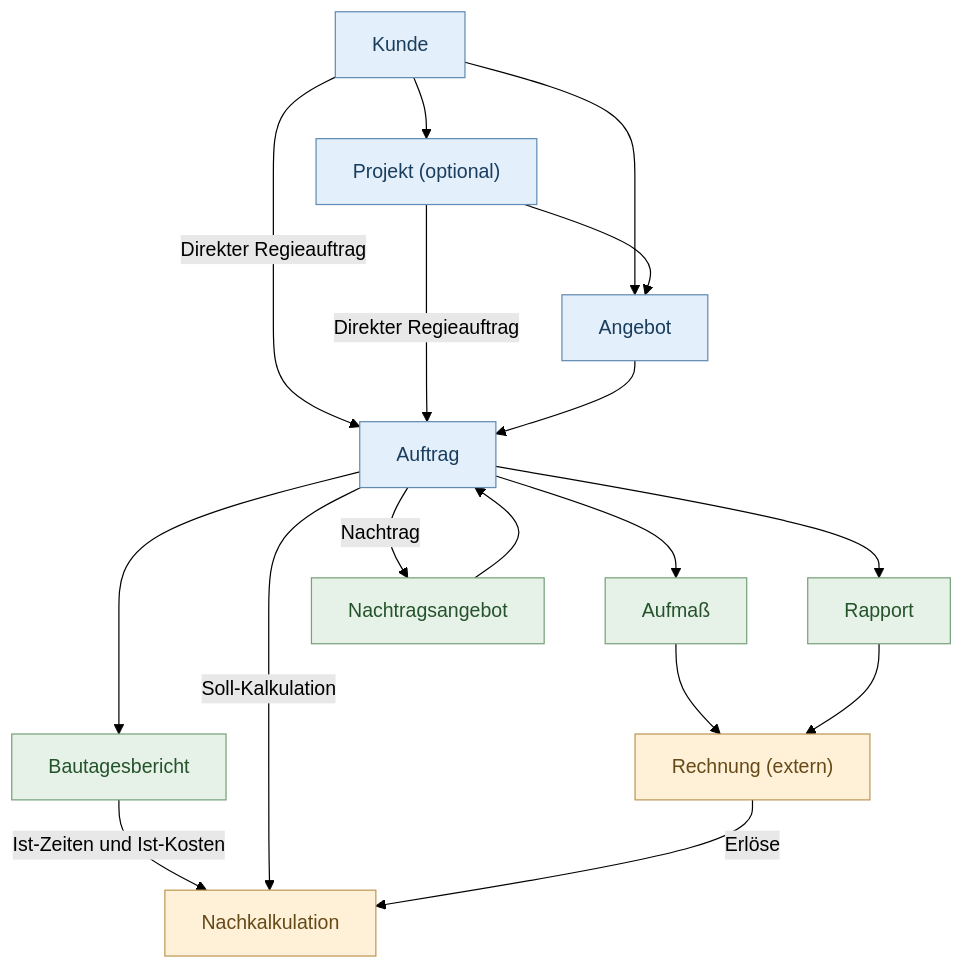
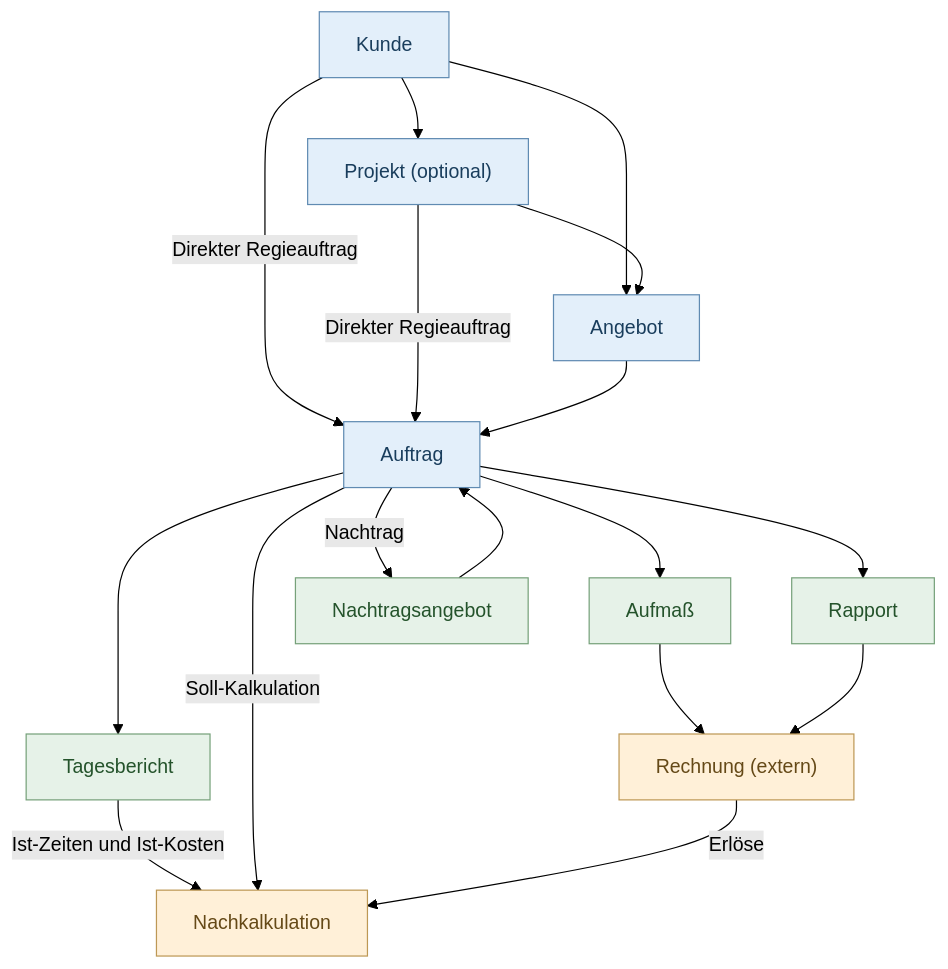
Before and after one commit to Budlowski/calight: the diagram in docs/README.md, drawn with Mermaid (forest theme). The commit also changed other lines of this file and 7 other files, not shown here.

````diff
--- a/docs/README.md
+++ b/docs/README.md
@@ -50,42 +50,42 @@
 ```mermaid
 flowchart TD
     K["Kunde"]
     P["Projekt (optional)"]
     A["Angebot"]
     AU["Auftrag"]
-    BT["Bautagesbericht"]
+    BT["Tagesbericht"]
     AM["Aufmaß"]
     RP["Rapport"]
     RE["Rechnung (extern)"]
     NK["Nachkalkulation"]
 
     K --> P
     K --> A
     P --> A
 
     K -->|"Direkter Regieauftrag"| AU
     P -->|"Direkter Regieauftrag"| AU
     A --> AU
 
     AU --> BT
     AU --> AM
     AU --> RP
 
     AU -->|"Nachtrag"| NA["Nachtragsangebot"]
     NA --> AU
 
     AM --> RE
     RP --> RE
 
     BT -->|"Ist-Zeiten und Ist-Kosten"| NK
     AU -->|"Soll-Kalkulation"| NK
     RE -->|"Erlöse"| NK
 
     classDef main fill:#e3effa,stroke:#608bb2,color:#193d5c
     classDef docs fill:#e6f2e8,stroke:#76a17a,color:#24532b
     classDef result fill:#fff0d8,stroke:#bd9855,color:#654917
 
     class K,P,A,AU main
     class BT,AM,RP,NA docs
     class RE,NK result
 ```
````
